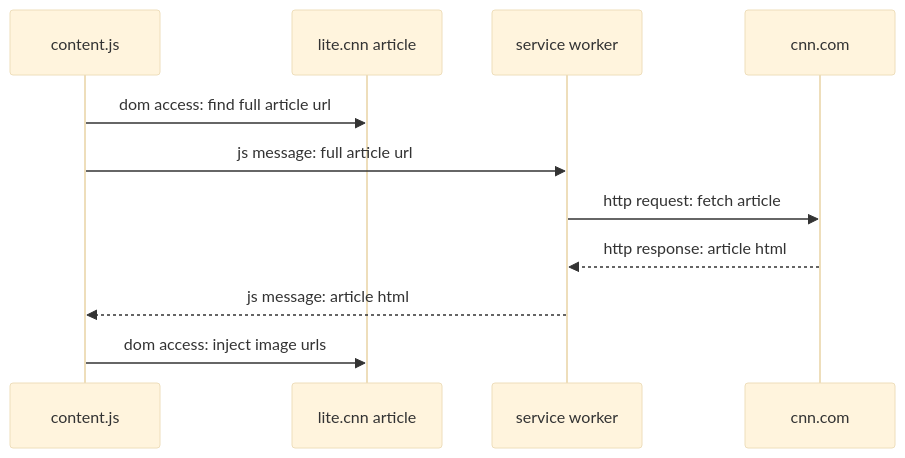
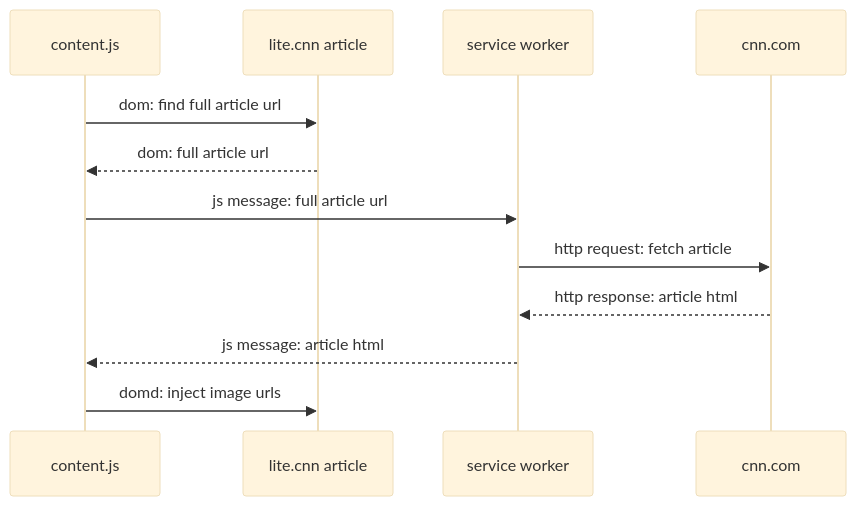
One commit to judell/cnnlite changed the diagram in README.md. Above: the diagram before and after it, drawn with Mermaid (base theme).

````diff
--- a/README.md
+++ b/README.md
@@ -25,14 +25,16 @@
 ```mermaid
 sequenceDiagram
     participant content.js
     participant lite.cnn article
     participant service worker
     participant cnn.com
 
-    content.js ->> lite.cnn article: dom access: find full article url
+    content.js ->> lite.cnn article: dom: find full article url
+    lite.cnn article -->> content.js: dom: full article url
     content.js ->> service worker: js message: full article url
     service worker ->> cnn.com: http request: fetch article
     cnn.com -->> service worker: http response: article html
     service worker -->> content.js: js message: article html
-    content.js ->> lite.cnn article: dom access: inject image urls
+    content.js ->> lite.cnn article: domd: inject image urls
+
 ```
````
